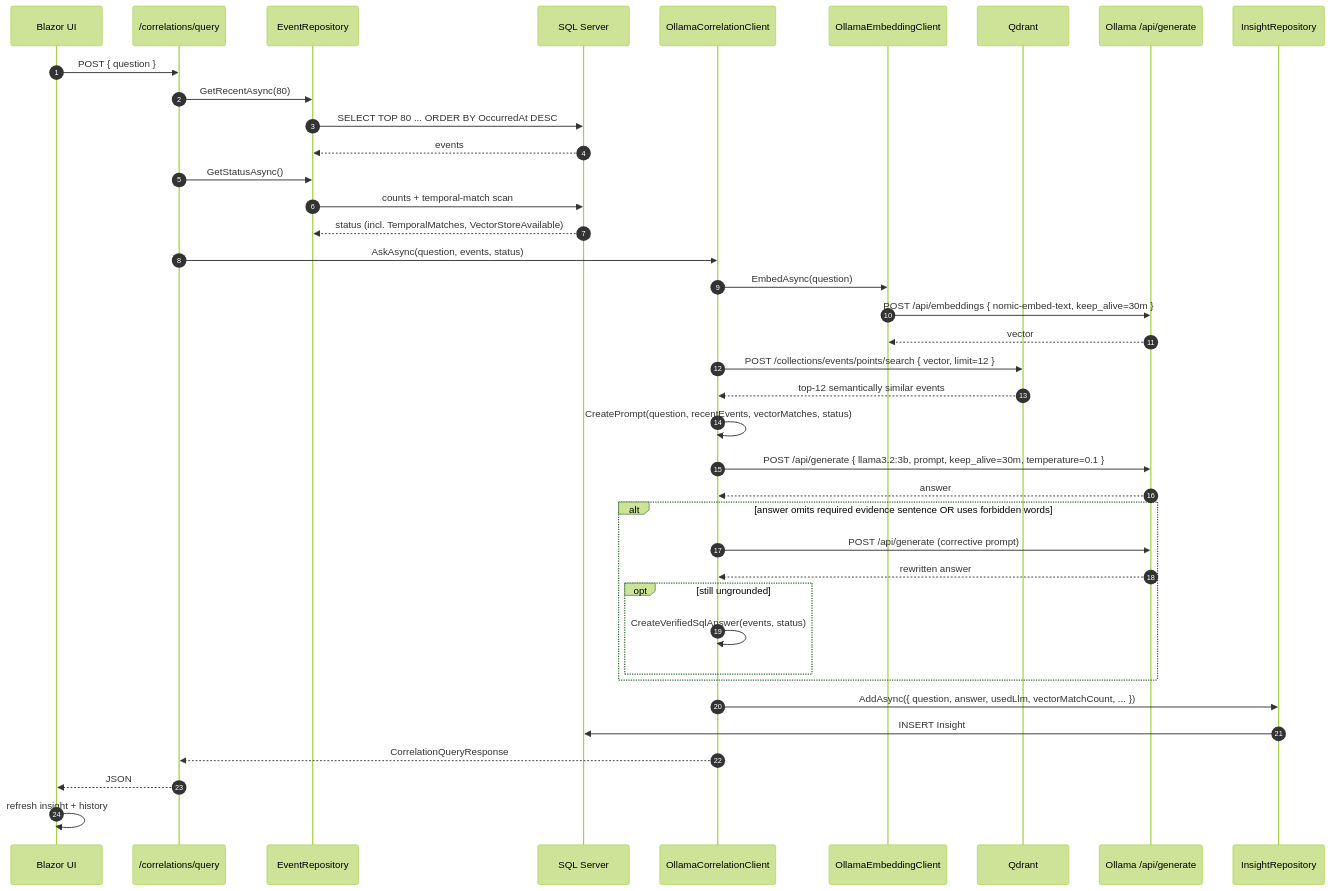
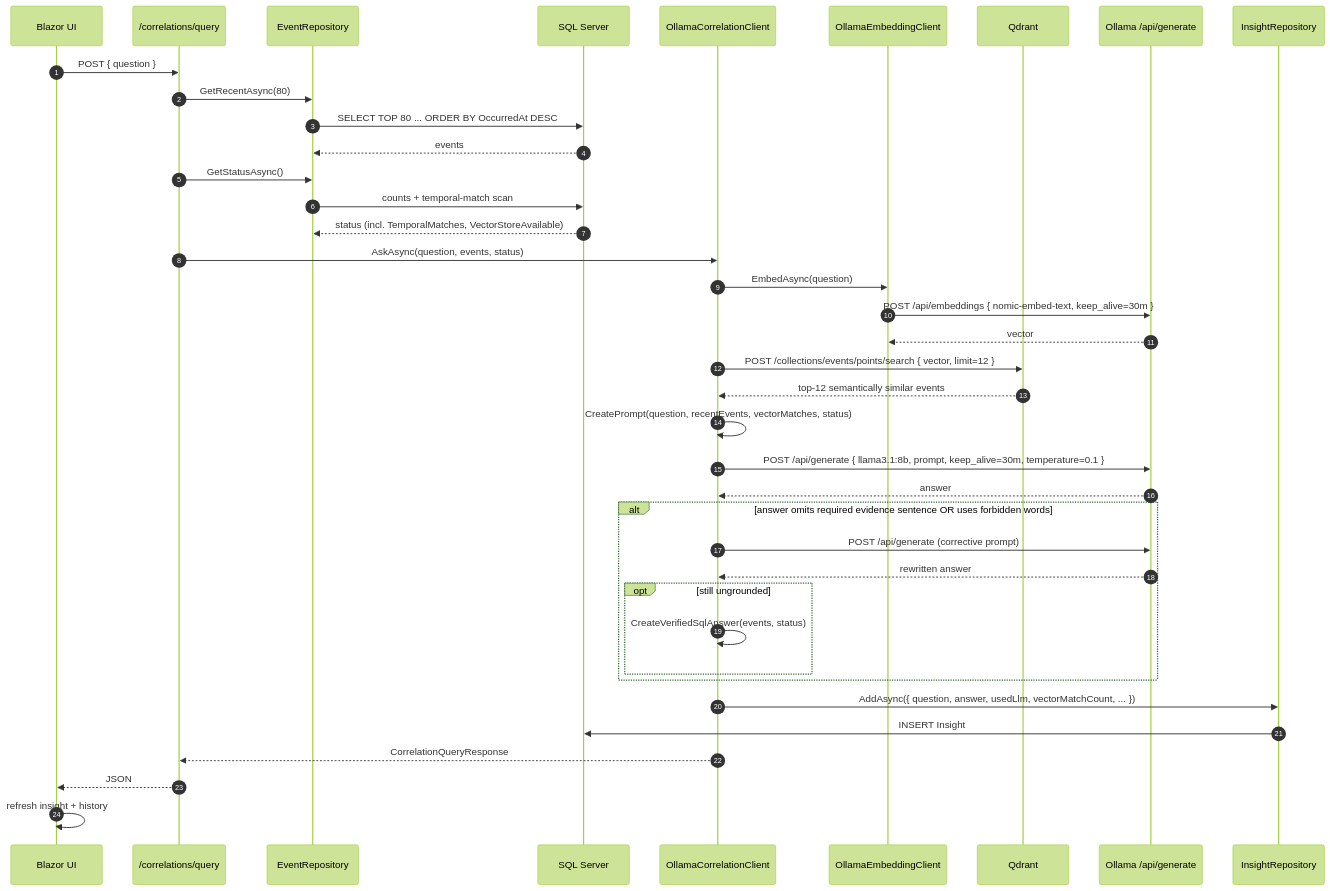
One commit to jeanhibbert/EventHubHost changed the third of 3 diagrams in docs/architecture.md. Above: the diagram before and after it, drawn with Mermaid (forest theme). The commit also changed other lines of this file and 16 other files, not shown here.

````diff
--- a/docs/architecture.md
+++ b/docs/architecture.md
@@ -106,46 +106,46 @@
 ```mermaid
 sequenceDiagram
     autonumber
     participant U as Blazor UI
     participant API as /correlations/query
     participant R as EventRepository
     participant SQL as SQL Server
     participant O as OllamaCorrelationClient
     participant E as OllamaEmbeddingClient
     participant Q as Qdrant
     participant LLM as Ollama /api/generate
     participant I as InsightRepository
 
     U->>API: POST { question }
     API->>R: GetRecentAsync(80)
     R->>SQL: SELECT TOP 80 ... ORDER BY OccurredAt DESC
     SQL-->>R: events
     API->>R: GetStatusAsync()
     R->>SQL: counts + temporal-match scan
     SQL-->>R: status (incl. TemporalMatches, VectorStoreAvailable)
 
     API->>O: AskAsync(question, events, status)
     O->>E: EmbedAsync(question)
     E->>LLM: POST /api/embeddings { nomic-embed-text, keep_alive=30m }
     LLM-->>E: vector
     O->>Q: POST /collections/events/points/search { vector, limit=12 }
     Q-->>O: top-12 semantically similar events
 
     O->>O: CreatePrompt(question, recentEvents, vectorMatches, status)
-    O->>LLM: POST /api/generate { llama3.2:3b, prompt, keep_alive=30m, temperature=0.1 }
+    O->>LLM: POST /api/generate { llama3.1:8b, prompt, keep_alive=30m, temperature=0.1 }
     LLM-->>O: answer
 
     alt answer omits required evidence sentence OR uses forbidden words
         O->>LLM: POST /api/generate (corrective prompt)
         LLM-->>O: rewritten answer
         opt still ungrounded
             O->>O: CreateVerifiedSqlAnswer(events, status)
         end
     end
 
     O->>I: AddAsync({ question, answer, usedLlm, vectorMatchCount, ... })
     I->>SQL: INSERT Insight
     O-->>API: CorrelationQueryResponse
     API-->>U: JSON
     U->>U: refresh insight + history
 ```
````
